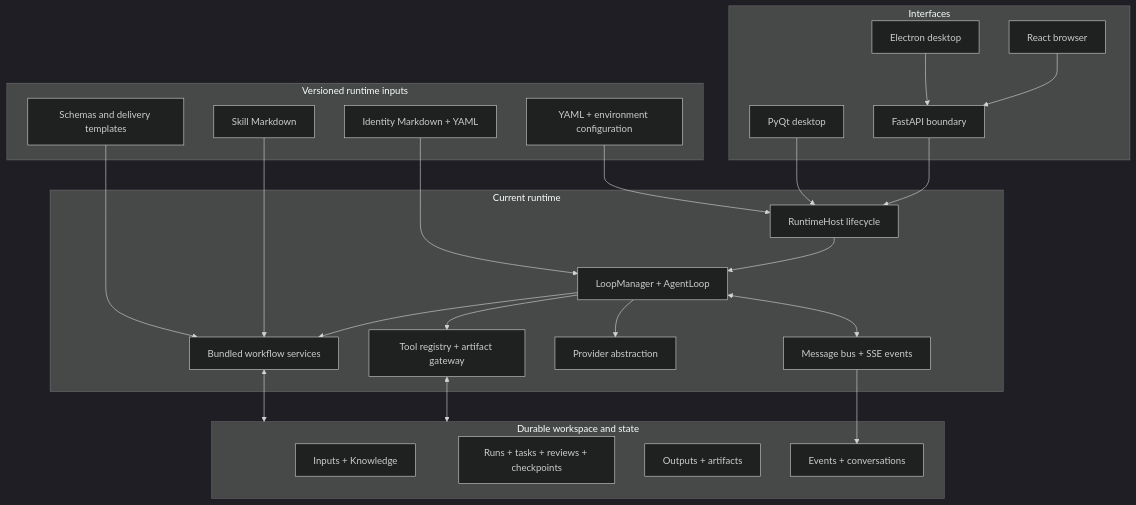
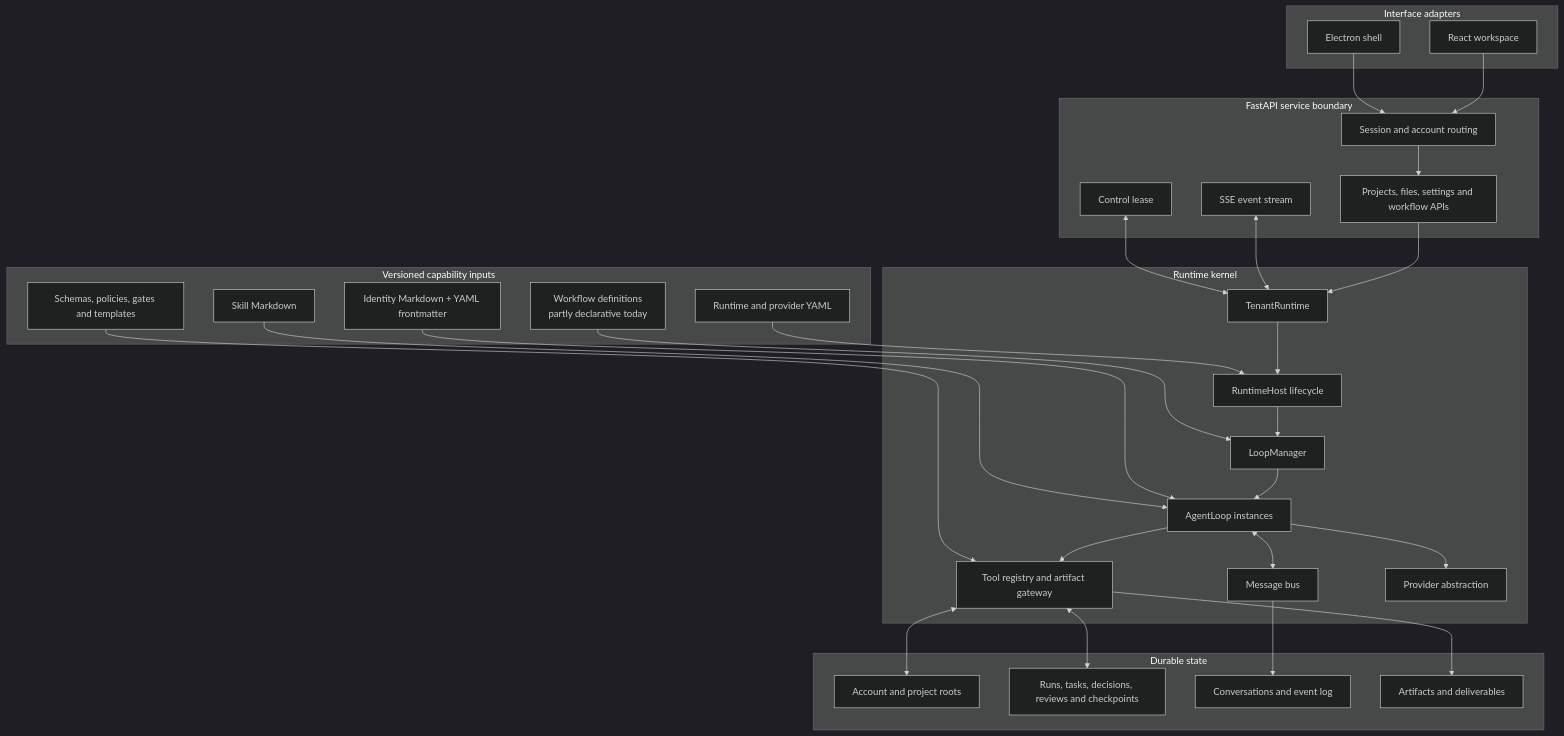
One commit to csxq0605/manyselves changed the diagram in README.md. Above: the diagram before and after it, drawn with Mermaid (dark theme). The commit also changed other lines of this file and 3 other files, not shown here.

````diff
--- a/README.md
+++ b/README.md
@@ -217,52 +36,64 @@
 ```mermaid
 flowchart TB
-    subgraph Interfaces["Interfaces"]
-        React["React browser"]
-        Electron["Electron desktop"]
-        PyQt["PyQt desktop"]
-        API["FastAPI boundary"]
+    subgraph Clients["Interface adapters"]
+        React["React workspace"]
+        Electron["Electron shell"]
     end
 
-    subgraph Runtime["Current runtime"]
-        Host["RuntimeHost lifecycle"]
-        Loops["LoopManager + AgentLoop"]
-        Bus["Message bus + SSE events"]
-        Tools["Tool registry + artifact gateway"]
-        Providers["Provider abstraction"]
-        Workflow["Bundled workflow services"]
+    subgraph API["FastAPI service boundary"]
+        Auth["Session and account routing"]
+        Routes["Projects, files, settings and workflow APIs"]
+        Events["SSE event stream"]
+        Lease["Control lease"]
     end
 
-    subgraph Definitions["Versioned runtime inputs"]
-        Identity["Identity Markdown + YAML"]
-        Skills["Skill Markdown"]
-        Config["YAML + environment configuration"]
-        Templates["Schemas and delivery templates"]
+    subgraph Kernel["Runtime kernel"]
+        Tenant["TenantRuntime"]
+        Host["RuntimeHost lifecycle"]
+        Manager["LoopManager"]
+        Loops["AgentLoop instances"]
+        Bus["Message bus"]
+        Tools["Tool registry and artifact gateway"]
+        Providers["Provider abstraction"]
     end
 
-    subgraph Durable["Durable workspace and state"]
-        Inputs["Inputs + Knowledge"]
-        Work["Runs + tasks + reviews + checkpoints"]
-        Outputs["Outputs + artifacts"]
-        Events["Events + conversations"]
+    subgraph Definitions["Versioned capability inputs"]
+        Identity["Identity Markdown + YAML frontmatter"]
+        Skills["Skill Markdown"]
+        Config["Runtime and provider YAML"]
+        Contracts["Schemas, policies, gates and templates"]
+        Workflow["Workflow definitions\npartly declarative today"]
     end
 
-    React --> API
-    Electron --> API
-    API --> Host
-    PyQt --> Host
+    subgraph State["Durable state"]
+        Projects["Account and project roots"]
+        Work["Runs, tasks, decisions, reviews and checkpoints"]
+        Conversations["Conversations and event log"]
+        Outputs["Artifacts and deliverables"]
+    end
 
-    Host --> Loops
+    React --> Auth
+    Electron --> Auth
+    Auth --> Routes
+    Routes --> Tenant
+    Events <--> Tenant
+    Lease <--> Tenant
+
+    Tenant --> Host
+    Host --> Manager
+    Manager --> Loops
     Loops <--> Bus
     Loops --> Tools
     Loops --> Providers
-    Loops --> Workflow
 
     Identity --> Loops
-    Skills --> Workflow
+    Skills --> Loops
     Config --> Host
-    Templates --> Workflow
+    Contracts --> Tools
+    Workflow --> Manager
 
-    Tools <--> Durable
-    Workflow <--> Durable
-    Bus --> Events
+    Tools <--> Projects
+    Tools <--> Work
+    Bus --> Conversations
+    Tools --> Outputs
 ```
````
